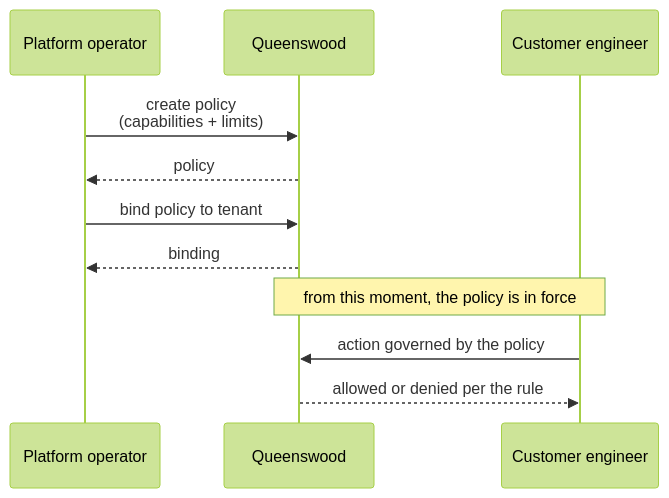
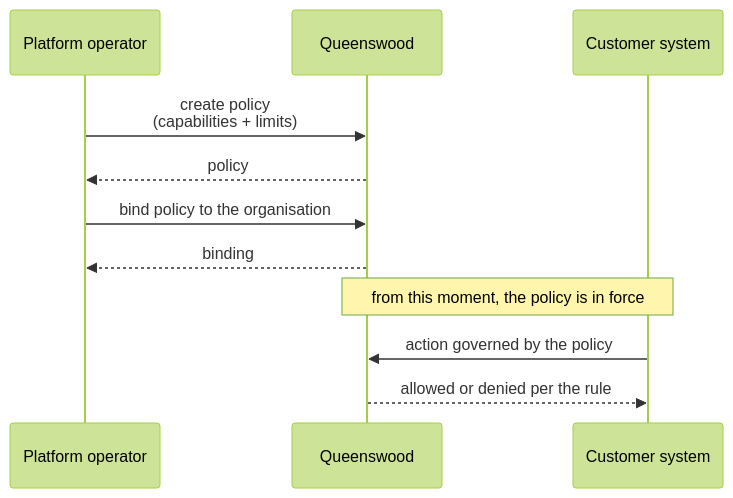
Before and after one commit to repldriven/queenswood: the first of 5 diagrams in docs/prd/policies.md, drawn with Mermaid (forest theme). The commit also changed other lines of this file and 32 other files, not shown here.

````diff
--- a/docs/prd/policies.md
+++ b/docs/prd/policies.md
@@ -260,14 +260,14 @@
 ```mermaid
 sequenceDiagram
     participant O as Platform operator
     participant Q as Queenswood
-    participant T as Customer engineer
+    participant T as Customer system
 
     O->>Q: create policy<br/>(capabilities + limits)
     Q-->>O: policy
-    O->>Q: bind policy to tenant
+    O->>Q: bind policy to the organisation
     Q-->>O: binding
     Note over T,Q: from this moment, the policy is in force
     T->>Q: action governed by the policy
     Q-->>T: allowed or denied per the rule
 ```
````
